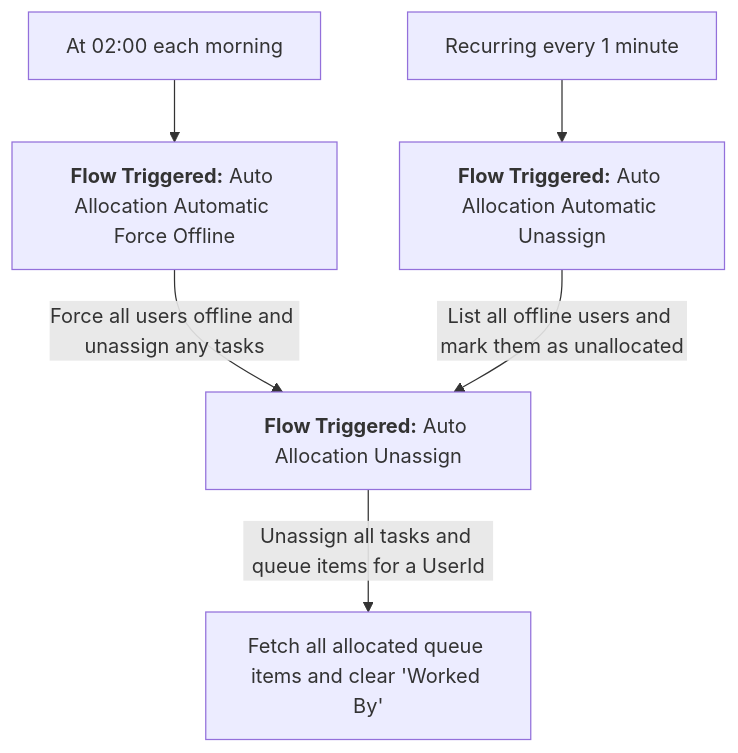
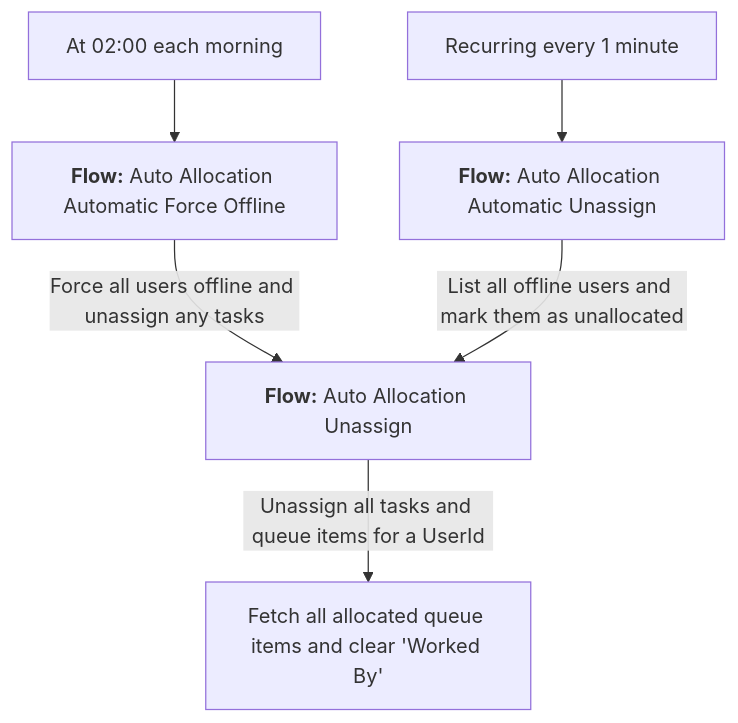
The eighth of 8 diagrams in base/documentation/high-level-design.md (ThomasVineMoJ/ss-pp-cnbc-tasks), drawn with Mermaid before and after one commit. The commit also changed other lines of this file, not shown here.

````diff
--- a/base/documentation/high-level-design.md
+++ b/base/documentation/high-level-design.md
@@ -278,16 +278,16 @@
 ```mermaid
 
  flowchart TD
  A[At 02:00 each morning]
- B[<b>Flow Triggered:</b> Auto Allocation Automatic Force Offline]
- C[<b>Flow Triggered:</b> Auto Allocation Unassign]
+ B[<b>Flow:</b> Auto Allocation Automatic Force Offline]
+ C[<b>Flow:</b> Auto Allocation Unassign]
  D[Fetch all allocated queue items and clear 'Worked By']
  E[Recurring every 1 minute]
- F[<b>Flow Triggered:</b> Auto Allocation Automatic Unassign]
+ F[<b>Flow:</b> Auto Allocation Automatic Unassign]
 
  A --> B
  B -- Force all users offline and unassign any tasks --> C
  C -- Unassign all tasks and queue items for a UserId--> D
  E --> F
  F -- List all offline users and mark them as unallocated--> C
  ```
````
